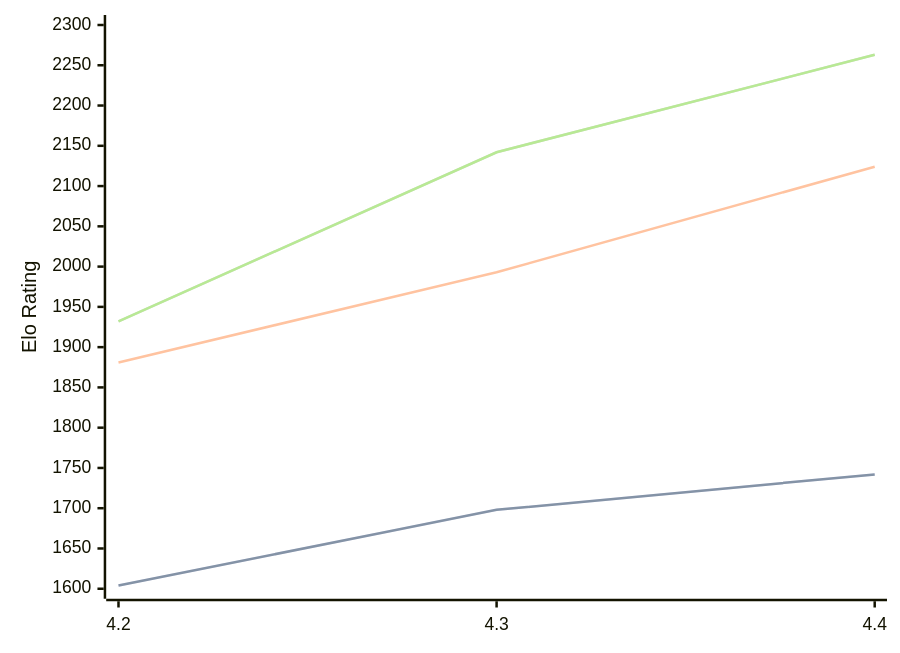
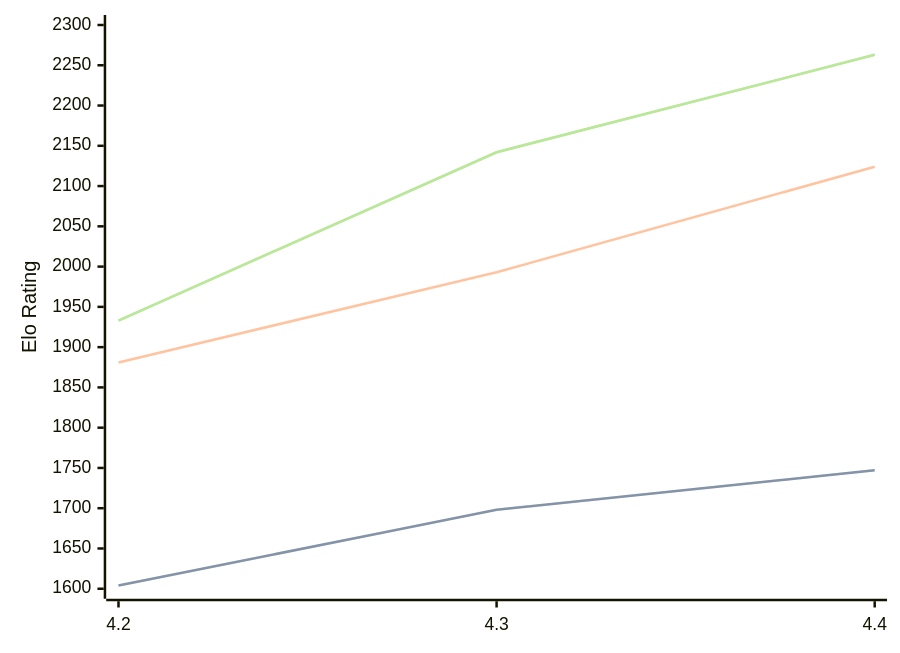
The diagram in engines/Radiance.md (computer-chess-index/cci), drawn with Mermaid before and after one commit. The commit also changed other lines of this file, not shown here.

Commit message:
Update CCI Ratings (ELO VLTC) - 2026-05-13

````diff
--- a/engines/Radiance.md
+++ b/engines/Radiance.md
@@ -36,11 +36,11 @@
 ```mermaid
 %%{init: {"theme":"base","themeVariables":{"seriesColors:['#a3a3a3','#222221','#faa371']}}}%%
 xychart-beta
   x-axis ["4.2", "4.3", "4.4"]
   y-axis "Elo Rating" 1600 --> 2300
-  line "STC (8.0+0.08s)" [1604, 1698, 1742]
-  line "STC (8.0+0.08s)" [1604, 1698, 1742]
+  line "STC (8.0+0.08s)" [1604, 1698, 1747]
+  line "STC (8.0+0.08s)" [1604, 1698, 1747]
   line "LTC (60.0+0.60s)" [1881, 1993, 2124]
-  line "VLTC (2m24s+1.12s)" [1932, 2142, 2263]
-  line "VLTC (2m24s+1.12s)" [1932, 2142, 2263]
+  line "VLTC (2m24s+1.12s)" [1933, 2142, 2263]
+  line "VLTC (2m24s+1.12s)" [1933, 2142, 2263]
 ```
````
